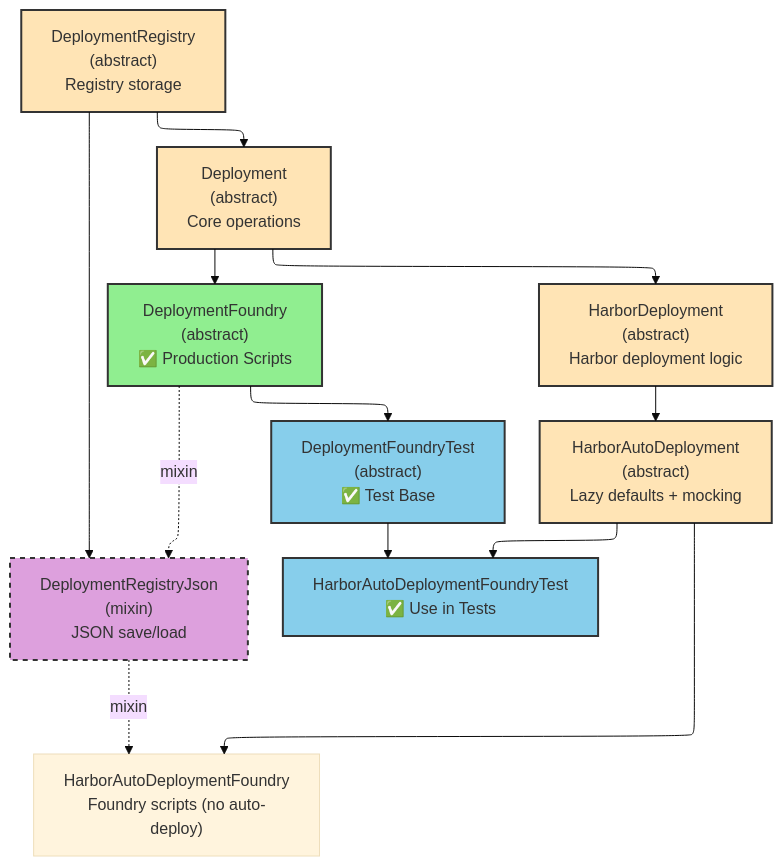
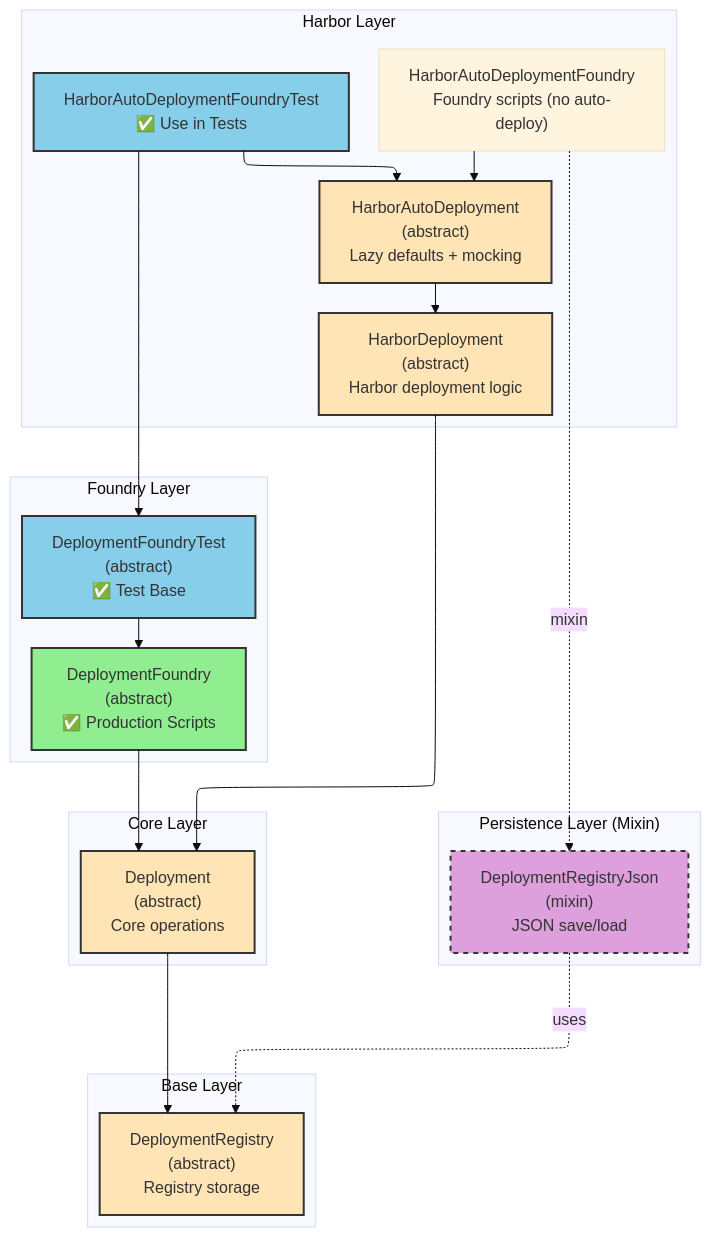
One commit to baofinance/harbor changed the diagram in doc/deployment-inheritance.md. Above: the diagram before and after it, drawn with Mermaid (base theme). The commit also changed 16 other files, not shown here.

````diff
--- a/doc/deployment-inheritance.md
+++ b/doc/deployment-inheritance.md
@@ -5,51 +5,54 @@
 ```mermaid
 ---
 config:
   layout: elk
 ---
 flowchart TB
-    %% Base Layer
-    DeploymentRegistry["DeploymentRegistry<br/>(abstract)<br/>Registry storage"]
+    subgraph base["Base Layer"]
+        DeploymentRegistry["DeploymentRegistry<br/>(abstract)<br/>Registry storage"]
+    end
 
-    %% Persistence Layer
-    DeploymentRegistryJson["DeploymentRegistryJson<br/>(mixin)<br/>JSON save/load"]
+    subgraph persistence["Persistence Layer (Mixin)"]
+        DeploymentRegistryJson["DeploymentRegistryJson<br/>(mixin)<br/>JSON save/load"]
+    end
 
-    %% Core Layer
-    Deployment["Deployment<br/>(abstract)<br/>Core operations"]
+    subgraph core["Core Layer"]
+        Deployment["Deployment<br/>(abstract)<br/>Core operations"]
+    end
 
-    %% Foundry Layers
-    DeploymentFoundry["DeploymentFoundry<br/>(abstract)<br/>✅ Production Scripts"]
-    DeploymentFoundryTest["DeploymentFoundryTest<br/>(abstract)<br/>✅ Test Base"]
+    subgraph foundry["Foundry Layer"]
+        DeploymentFoundry["DeploymentFoundry<br/>(abstract)<br/>✅ Production Scripts"]
+        DeploymentFoundryTest["DeploymentFoundryTest<br/>(abstract)<br/>✅ Test Base"]
+    end
 
-    %% Harbor Layers
-    HarborDeployment["HarborDeployment<br/>(abstract)<br/>Harbor deployment logic"]
-    HarborAutoDeployment["HarborAutoDeployment<br/>(abstract)<br/>Lazy defaults + mocking"]
-    HarborAutoDeploymentFoundry["HarborAutoDeploymentFoundry<br/>Foundry scripts (no auto-deploy)"]
-    HarborAutoDeploymentFoundryTest["HarborAutoDeploymentFoundryTest<br/>✅ Use in Tests"]
+    subgraph harbor["Harbor Layer"]
+        HarborDeployment["HarborDeployment<br/>(abstract)<br/>Harbor deployment logic"]
+        HarborAutoDeployment["HarborAutoDeployment<br/>(abstract)<br/>Lazy defaults + mocking"]
+        HarborAutoDeploymentFoundry["HarborAutoDeploymentFoundry<br/>Foundry scripts (no auto-deploy)"]
+        HarborAutoDeploymentFoundryTest["HarborAutoDeploymentFoundryTest<br/>✅ Use in Tests"]
+    end
 
-    %% Inheritance arrows
-    DeploymentRegistry --> Deployment
-    DeploymentRegistry --> DeploymentRegistryJson
-    Deployment --> DeploymentFoundry
-    Deployment --> HarborDeployment
-    DeploymentFoundry --> DeploymentFoundryTest
-    DeploymentFoundry -.->|mixin| DeploymentRegistryJson
-    HarborDeployment --> HarborAutoDeployment
-    HarborAutoDeployment --> HarborAutoDeploymentFoundry
-    HarborAutoDeployment --> HarborAutoDeploymentFoundryTest
-    DeploymentRegistryJson -.->|mixin| HarborAutoDeploymentFoundry
-    DeploymentFoundryTest --> HarborAutoDeploymentFoundryTest
+    %% Inheritance arrows (child --> parent)
+    Deployment --> DeploymentRegistry
+    DeploymentRegistryJson -.->|uses| DeploymentRegistry
+    DeploymentFoundry --> Deployment
+    DeploymentFoundryTest --> DeploymentFoundry
+    HarborDeployment --> Deployment
+    HarborAutoDeployment --> HarborDeployment
+    HarborAutoDeploymentFoundry --> HarborAutoDeployment
+    HarborAutoDeploymentFoundry -.->|mixin| DeploymentRegistryJson
+    HarborAutoDeploymentFoundryTest --> HarborAutoDeployment
+    HarborAutoDeploymentFoundryTest --> DeploymentFoundryTest
 
     %% Styling
-
     classDef useInProd fill:#90EE90,stroke:#333,stroke-width:2px
     classDef useInTest fill:#87CEEB,stroke:#333,stroke-width:2px
     classDef abstract fill:#FFE4B5,stroke:#333,stroke-width:2px
     classDef mixin fill:#DDA0DD,stroke:#333,stroke-width:2px,stroke-dasharray: 5 5
 
     class DeploymentFoundry useInProd
     class DeploymentFoundryTest,HarborAutoDeploymentFoundryTest useInTest
     class DeploymentRegistry,Deployment,HarborDeployment,HarborAutoDeployment abstract
     class DeploymentRegistryJson mixin
 
 ```
````
